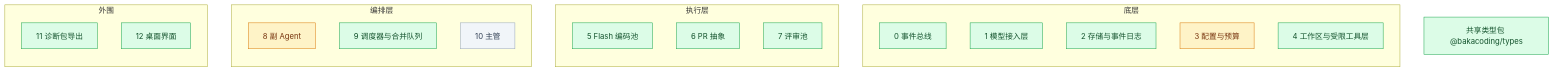
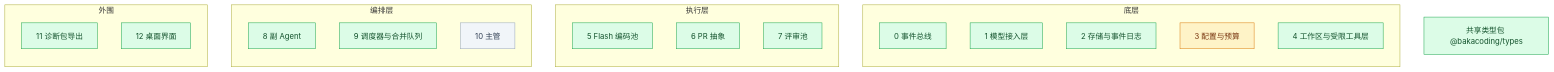
The diagram in docs/progress.md (Akarin7784/BakaCoding), drawn with Mermaid before and after one commit. The commit also changed other lines of this file, not shown here.

````diff
--- a/docs/progress.md
+++ b/docs/progress.md
@@ -11,33 +11,33 @@
 ```mermaid
 flowchart BT
   subgraph 底层
     M0[0 事件总线]
     M1[1 模型接入层]
     M2[2 存储与事件日志]
     M3[3 配置与预算]
     M4[4 工作区与受限工具层]
   end
   subgraph 执行层
     M5[5 Flash 编码池]
     M6[6 PR 抽象]
     M7[7 评审池]
   end
   subgraph 编排层
     M8[8 副 Agent]
     M9[9 调度器与合并队列]
     M10[10 主管]
   end
   subgraph 外围
     M11[11 诊断包导出]
     M12[12 桌面界面]
   end
   T[共享类型包 @bakacoding/types]
 
   classDef todo fill:#f1f5f9,stroke:#94a3b8,color:#334155
   classDef doing fill:#fef3c7,stroke:#d97706,color:#78350f
   classDef done fill:#dcfce7,stroke:#16a34a,color:#14532d
 
-  class M0,M1,M2,M4,M5,M6,M7,M9,M11,M12,T done
-  class M3,M8 doing
+  class M0,M1,M2,M4,M5,M6,M7,M8,M9,M11,M12,T done
+  class M3 doing
   class M10 todo
 ```
````
